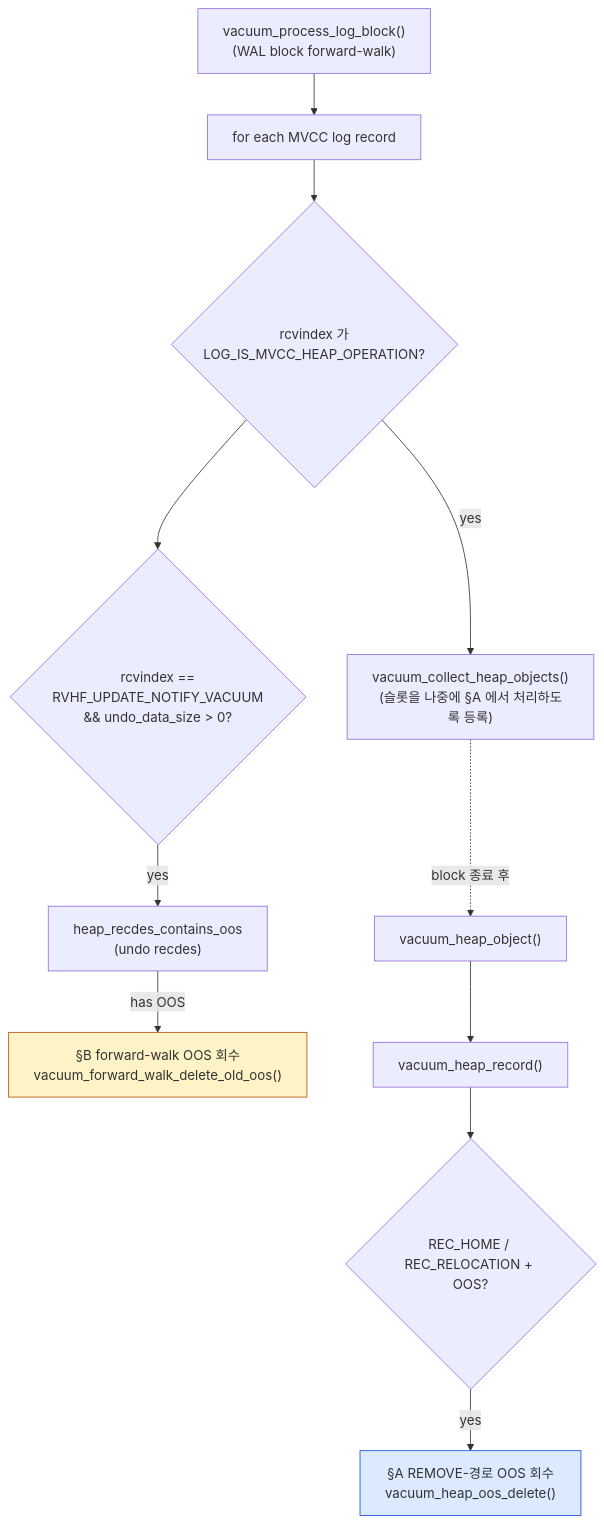
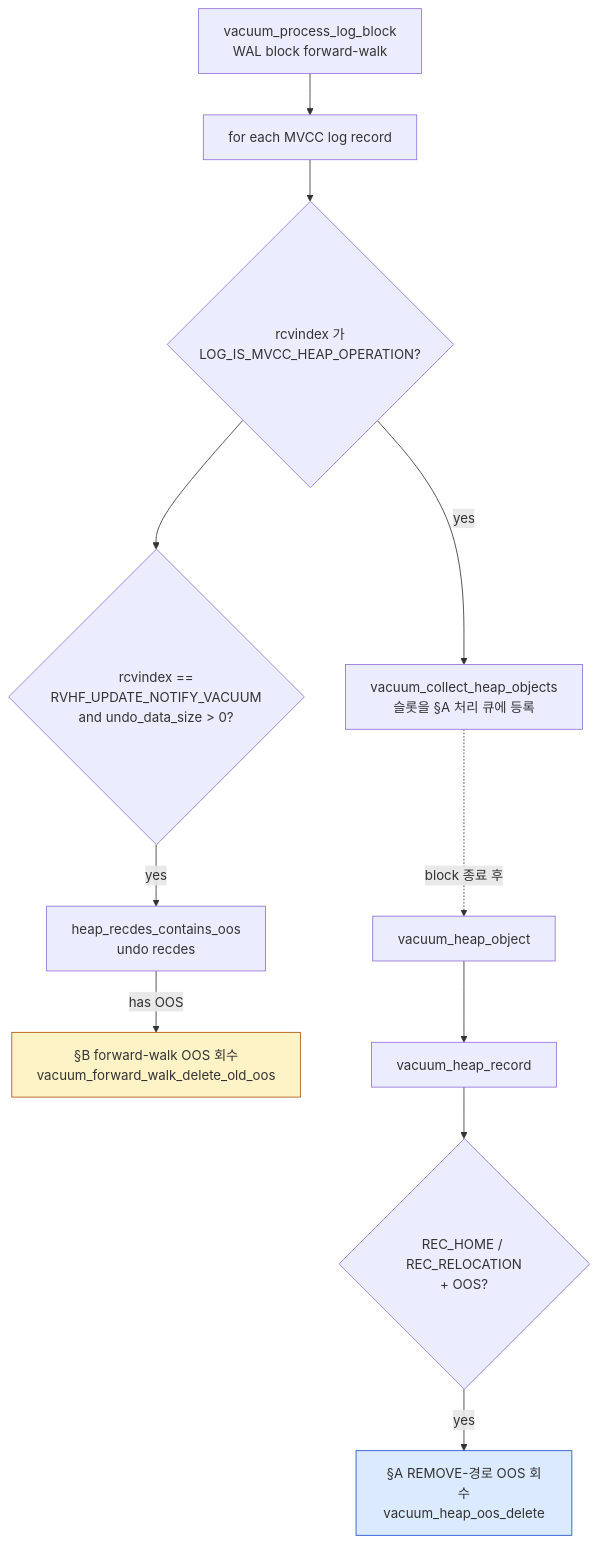
The first of 5 diagrams in pr-6986/PR-6986-vacuum-oos-paths-diagram.md (vimkim/my-cubrid-docs), drawn with Mermaid before and after one commit. The commit also changed other lines of this file, not shown here.

Commit message:
fix(pr-6986): mermaid syntax — drop parens/<br/>/& from sequence diagrams

````diff
--- a/pr-6986/PR-6986-vacuum-oos-paths-diagram.md
+++ b/pr-6986/PR-6986-vacuum-oos-paths-diagram.md
@@ -28,20 +28,20 @@
 ```mermaid
 flowchart TD
-    VPL["vacuum_process_log_block()<br/>(WAL block forward-walk)"]
+    VPL["vacuum_process_log_block<br/>WAL block forward-walk"]
     VPL --> ITER["for each MVCC log record"]
 
     ITER --> A_DEC{"rcvindex 가<br/>LOG_IS_MVCC_HEAP_OPERATION?"}
-    A_DEC -->|yes| COLLECT["vacuum_collect_heap_objects()<br/>(슬롯을 나중에 §A 에서 처리하도록 등록)"]
+    A_DEC -->|yes| COLLECT["vacuum_collect_heap_objects<br/>슬롯을 §A 처리 큐에 등록"]
 
-    A_DEC --> B_DEC{"rcvindex ==<br/>RVHF_UPDATE_NOTIFY_VACUUM<br/>&& undo_data_size > 0?"}
-    B_DEC -->|yes| B_DECODE["heap_recdes_contains_oos<br/>(undo recdes)"]
-    B_DECODE -->|has OOS| B_PATH["§B forward-walk OOS 회수<br/>vacuum_forward_walk_delete_old_oos()"]
+    A_DEC --> B_DEC{"rcvindex ==<br/>RVHF_UPDATE_NOTIFY_VACUUM<br/>and undo_data_size > 0?"}
+    B_DEC -->|yes| B_DECODE["heap_recdes_contains_oos<br/>undo recdes"]
+    B_DECODE -->|has OOS| B_PATH["§B forward-walk OOS 회수<br/>vacuum_forward_walk_delete_old_oos"]
 
-    COLLECT -.->|block 종료 후| VHO["vacuum_heap_object()"]
-    VHO --> VHR["vacuum_heap_record()"]
-    VHR --> A_DEC2{"REC_HOME / REC_RELOCATION + OOS?"}
-    A_DEC2 -->|yes| A_PATH["§A REMOVE-경로 OOS 회수<br/>vacuum_heap_oos_delete()"]
+    COLLECT -.->|block 종료 후| VHO["vacuum_heap_object"]
+    VHO --> VHR["vacuum_heap_record"]
+    VHR --> A_DEC2{"REC_HOME / REC_RELOCATION<br/>+ OOS?"}
+    A_DEC2 -->|yes| A_PATH["§A REMOVE-경로 OOS 회수<br/>vacuum_heap_oos_delete"]
 
     style B_PATH fill:#fef3c7,stroke:#b45309
     style A_PATH fill:#dbeafe,stroke:#1d4ed8
 ```
````
